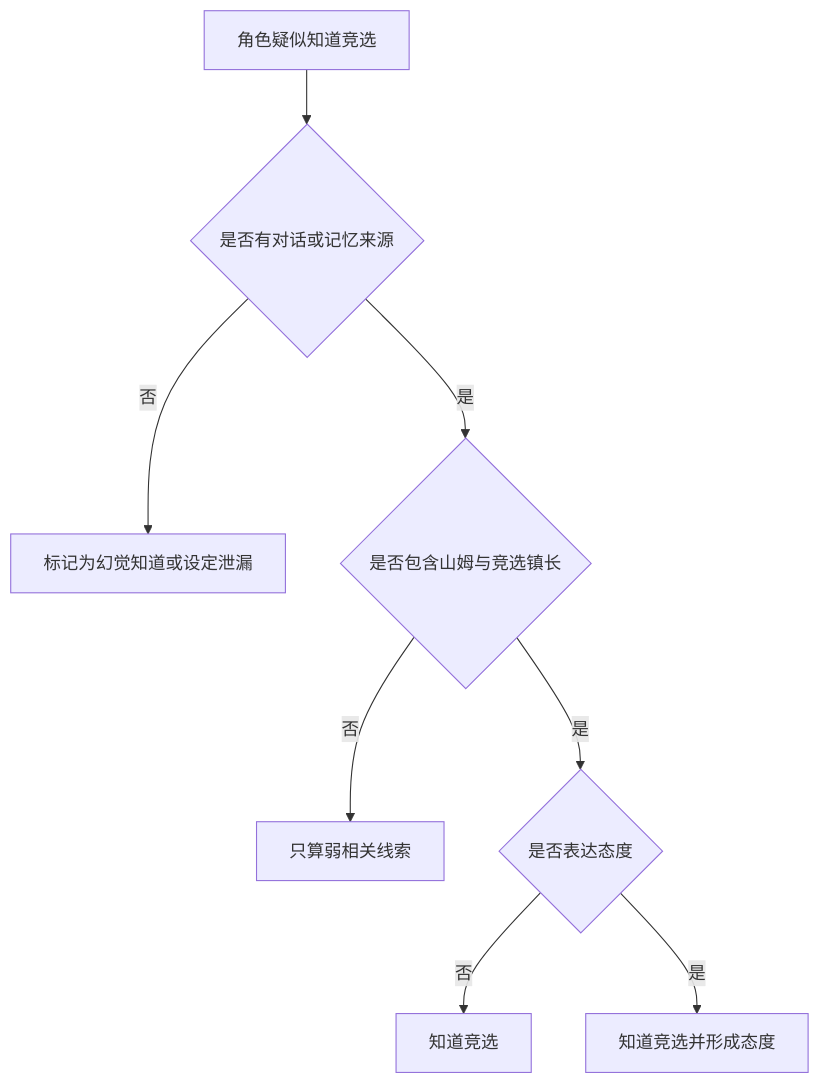
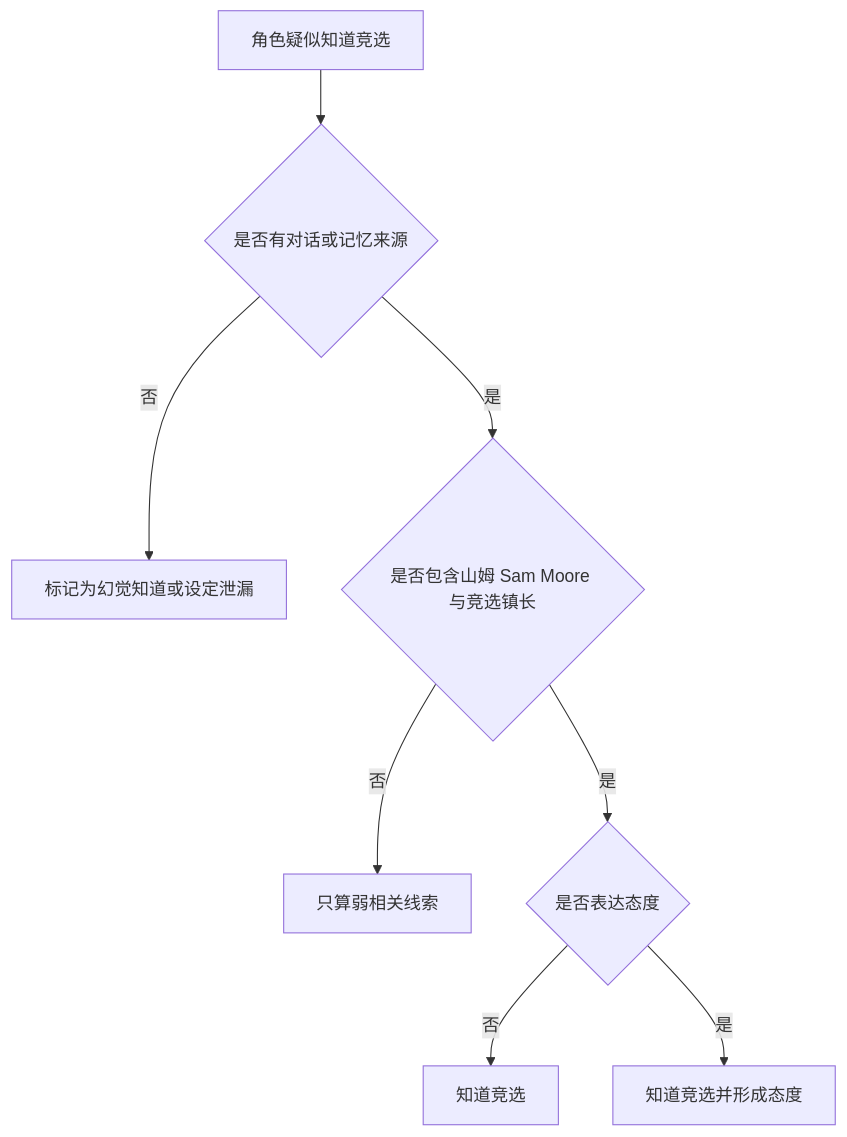
One commit to tbkken/GenerativeAgentsCN changed the sixth of 7 diagrams in docs/book/manuscript/part_04/chapter_25.md. Above: the diagram before and after it, drawn with Mermaid. The commit also changed other lines of this file and 51 other files, not shown here.

````diff
--- a/docs/book/manuscript/part_04/chapter_25.md
+++ b/docs/book/manuscript/part_04/chapter_25.md
@@ -334,10 +334,10 @@
 ```mermaid
 flowchart TD
     Candidate["角色疑似知道竞选"] --> Evidence{"是否有对话或记忆来源"}
     Evidence -->|否| Leak["标记为幻觉知道或设定泄漏"]
-    Evidence -->|是| Content{"是否包含山姆与竞选镇长"}
+    Evidence -->|是| Content{"是否包含山姆 Sam Moore 与竞选镇长"}
     Content -->|否| Weak["只算弱相关线索"]
     Content -->|是| Attitude{"是否表达态度"}
     Attitude -->|否| Known["知道竞选"]
     Attitude -->|是| KnownAttitude["知道竞选并形成态度"]
 ```
````
